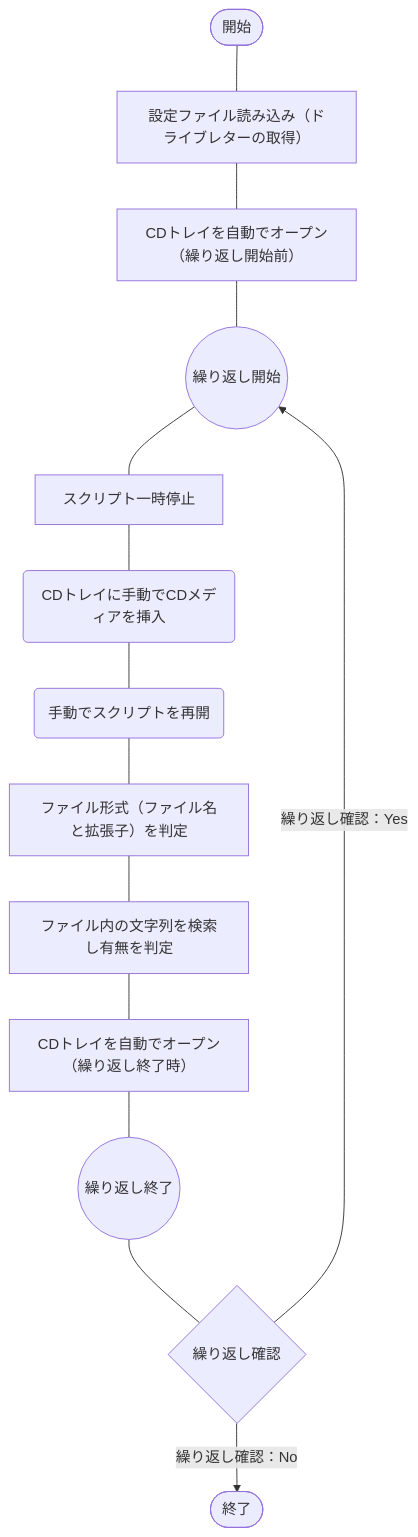
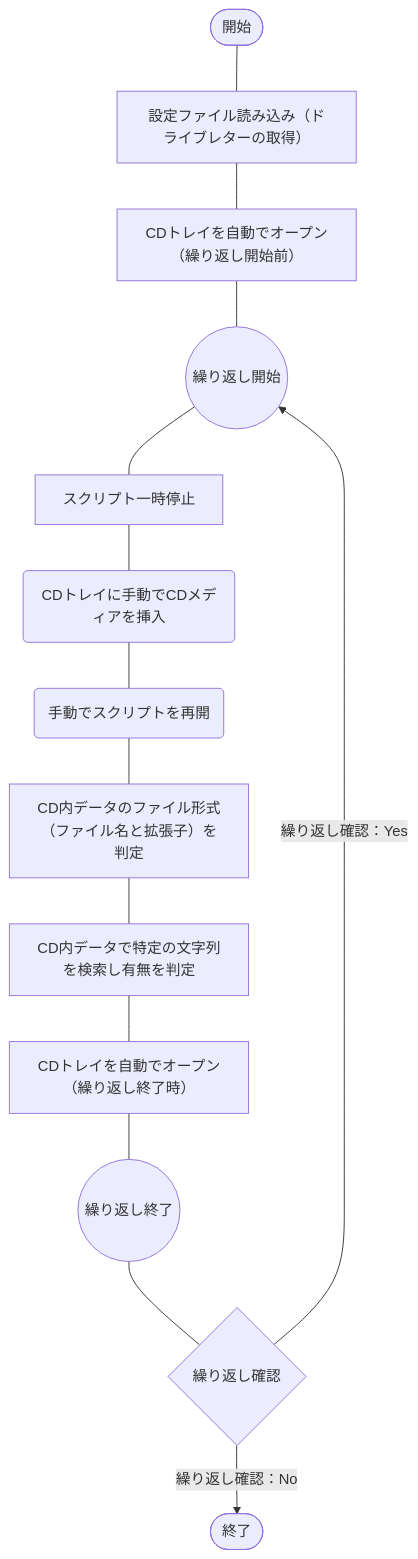
Before and after one commit to akiGAMEBOY/haretokidoki_zn: the diagram in articles/f1634c386ffc1d.md, drawn with Mermaid. The commit also changed other lines of this file, not shown here.

````diff
--- a/articles/f1634c386ffc1d.md
+++ b/articles/f1634c386ffc1d.md
@@ -34,16 +34,16 @@
 ```mermaid
 flowchart TB
     A(["開始"]) --- B["設定ファイル読み込み（ドライブレターの取得）"]
     B --- C["CDトレイを自動でオープン（繰り返し開始前）"]
     C --- D(("繰り返し開始"))
     D --- E["スクリプト一時停止"]
     E --- F("CDトレイに手動でCDメディアを挿入")
     F --- G("手動でスクリプトを再開")
-    G --- H["ファイル形式（ファイル名と拡張子）を判定"]
-    H --- I["ファイル内の文字列を検索し有無を判定"]
+    G --- H["CD内データのファイル形式（ファイル名と拡張子）を判定"]
+    H --- I["CD内データで特定の文字列を検索し有無を判定"]
     I --- J["CDトレイを自動でオープン（繰り返し終了時）"]
     J --- K(("繰り返し終了"))
     K --- L{"繰り返し確認"}
     L --> |"繰り返し確認：Yes"| D
     L --> |"繰り返し確認：No"| M(["終了"])
 ```
````
